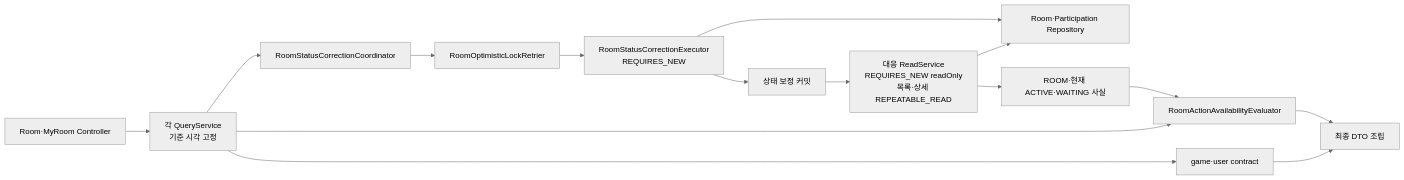
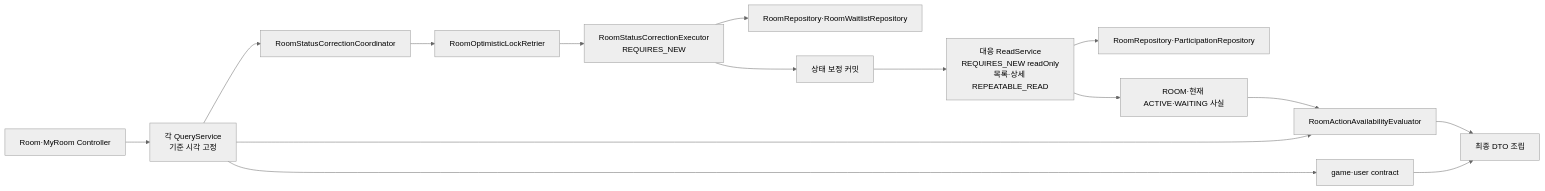
The second of 8 diagrams in docs/ARCHITECTURE.md (bamsongi-club/albam-mate), drawn with Mermaid (neutral theme) before and after one commit. The commit also changed other lines of this file and 16 other files, not shown here.

````diff
--- a/docs/ARCHITECTURE.md
+++ b/docs/ARCHITECTURE.md
@@ -194,17 +194,17 @@
 ```mermaid
 flowchart LR
     controller["Room·MyRoom Controller"] --> query["각 QueryService<br/>기준 시각 고정"]
     query --> coordinator["RoomStatusCorrectionCoordinator"]
     coordinator --> retrier["RoomOptimisticLockRetrier"]
     retrier --> correctionExecutor["RoomStatusCorrectionExecutor<br/>REQUIRES_NEW"]
-    correctionExecutor --> repositories["Room·Participation Repository"]
+    correctionExecutor --> correctionRepositories["RoomRepository·RoomWaitlistRepository"]
     correctionExecutor --> committed["상태 보정 커밋"]
     committed --> read["대응 ReadService<br/>REQUIRES_NEW readOnly<br/>목록·상세 REPEATABLE_READ"]
-    read --> repositories
+    read --> readRepositories["RoomRepository·ParticipationRepository"]
     read --> facts["ROOM·현재 ACTIVE·WAITING 사실"]
     facts --> evaluator["RoomActionAvailabilityEvaluator"]
     query --> evaluator
     query --> contracts["game·user contract"]
     evaluator --> response["최종 DTO 조립"]
     contracts --> response
 ```
````
